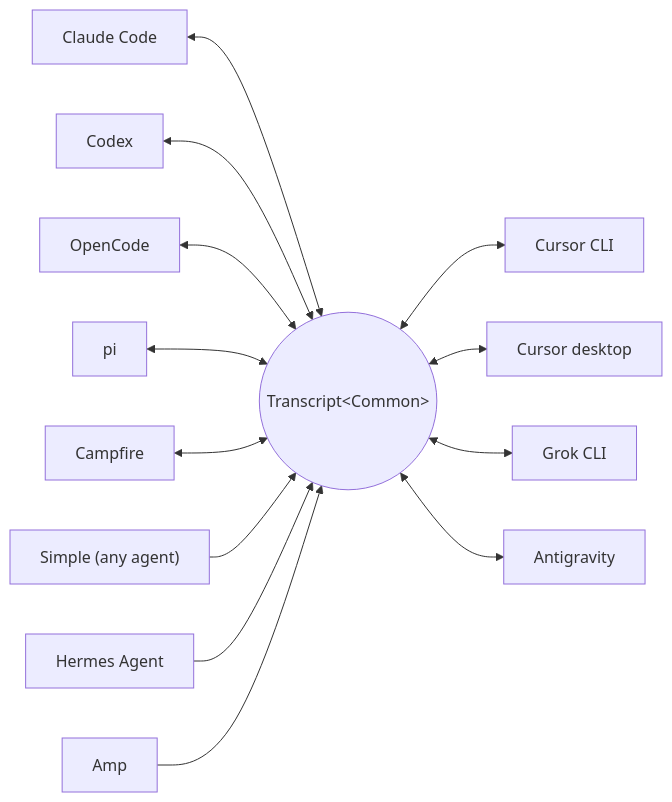
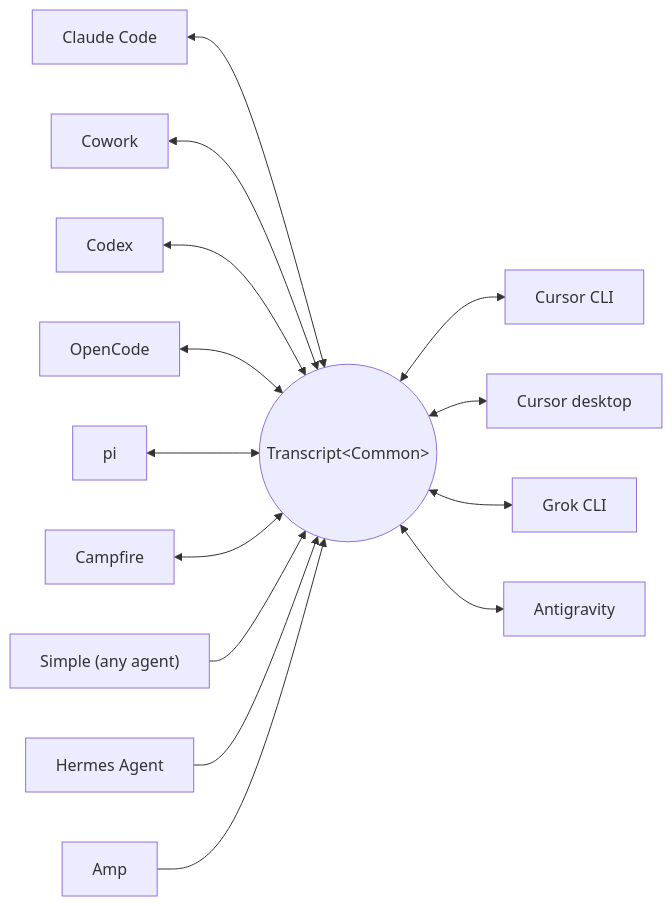
One commit to Adityakk9031/txcript changed the diagram in README.md. Above: the diagram before and after it, drawn with Mermaid. The commit also changed other lines of this file and 18 other files, not shown here.

````diff
--- a/README.md
+++ b/README.md
@@ -60,15 +60,16 @@
 ```mermaid
 flowchart LR
     claude["Claude Code"] <--> common(("Transcript&lt;Common&gt;"))
+    cowork["Cowork"] <--> common
     codex["Codex"] <--> common
     opencode["OpenCode"] <--> common
     pi["pi"] <--> common
     campfire["Campfire"] <--> common
     common <--> cursor["Cursor CLI"]
     common <--> cursordesktop["Cursor desktop"]
     common <--> grok["Grok CLI"]
     common <--> antigravity["Antigravity"]
     simple["Simple (any agent)"] --> common
     hermes["Hermes Agent"] --> common
     amp["Amp"] --> common
 ```
````
